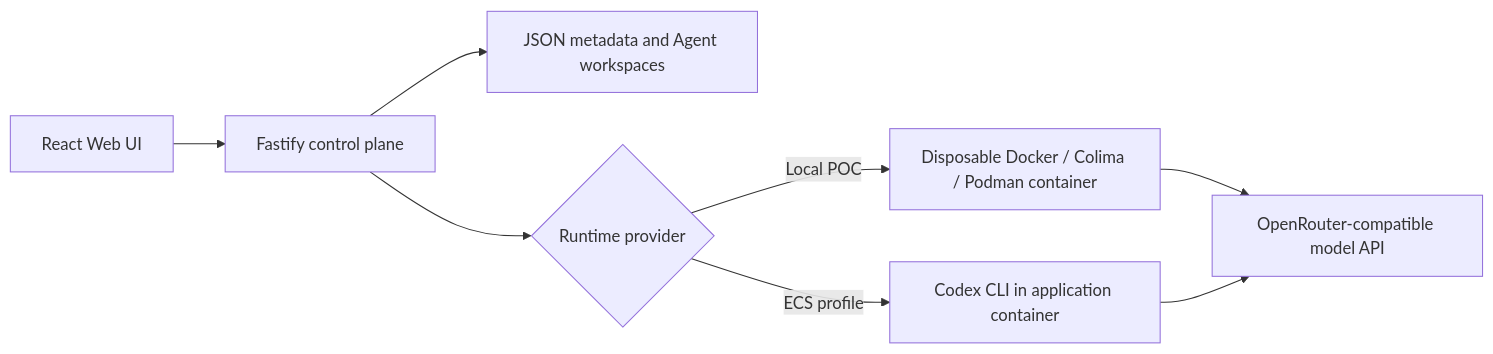
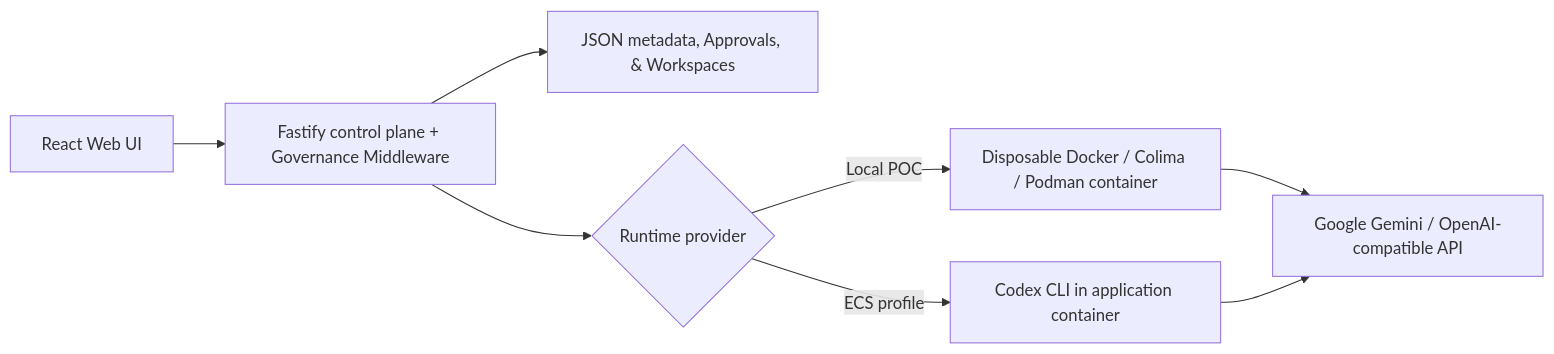
The second of 2 diagrams in README.md (Tuxedolphin/TikTok-TechJam-2026), drawn with Mermaid before and after one commit. The commit also changed other lines of this file, not shown here.

````diff
--- a/README.md
+++ b/README.md
@@ -215,10 +319,10 @@
 ```mermaid
 flowchart LR
-    UI["React Web UI"] --> API["Fastify control plane"]
-    API --> Store["JSON metadata and Agent workspaces"]
+    UI["React Web UI"] --> API["Fastify control plane + Governance Middleware"]
+    API --> Store["JSON metadata, Approvals, & Workspaces"]
     API --> Runtime{"Runtime provider"}
     Runtime -->|Local POC| Container["Disposable Docker / Colima / Podman container"]
     Runtime -->|ECS profile| Codex["Codex CLI in application container"]
-    Container --> ModelAPI["OpenRouter-compatible model API"]
+    Container --> ModelAPI["Google Gemini / OpenAI-compatible API"]
     Codex --> ModelAPI
 ```
````
